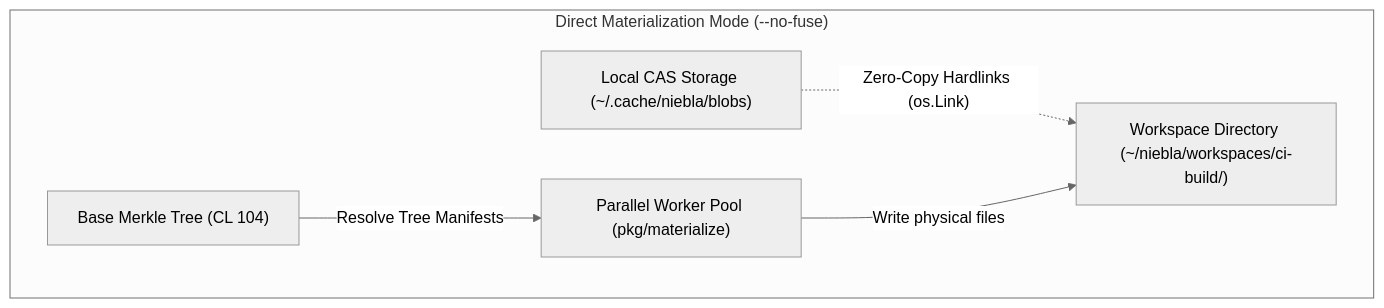
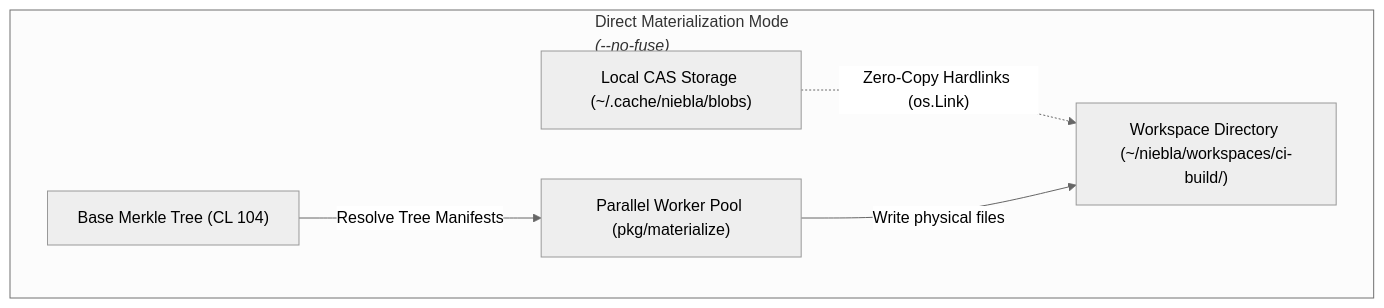
The diagram in docs-site/src/content/docs/workflows/direct-materialization.md (mrtnzjsh/niebla), drawn with Mermaid (neutral theme) before and after one commit. The commit also changed 3 other files, not shown here.

Commit message:
fix(docs): resolve Mermaid title truncation and optimize table typography

````diff
--- a/docs-site/src/content/docs/workflows/direct-materialization.md
+++ b/docs-site/src/content/docs/workflows/direct-materialization.md
@@ -33,13 +33,13 @@
 ```mermaid
 flowchart TD
-    subgraph NoFuse["Direct Materialization Mode (--no-fuse)"]
+    subgraph NoFuse["Direct Materialization Mode<br/><i>(--no-fuse)</i>"]
         Tree["Base Merkle Tree (CL 104)"]
         CAS_DIR["Local CAS Storage (~/.cache/niebla/blobs)"]
         WORK_DIR["Workspace Directory (~/niebla/workspaces/ci-build/)"]
         Worker["Parallel Worker Pool (pkg/materialize)"]
 
         Tree -->|"Resolve Tree Manifests"| Worker
         CAS_DIR -.->|"Zero-Copy Hardlinks (os.Link)"| WORK_DIR
         Worker -->|"Write physical files"| WORK_DIR
     end
 ```
````
